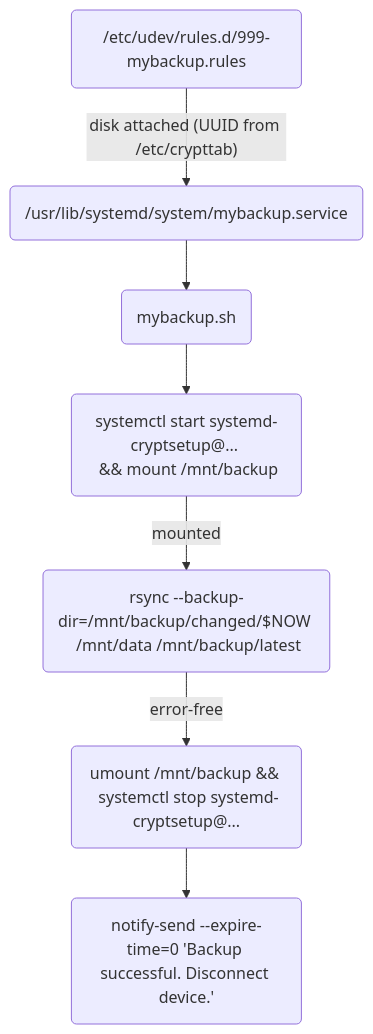
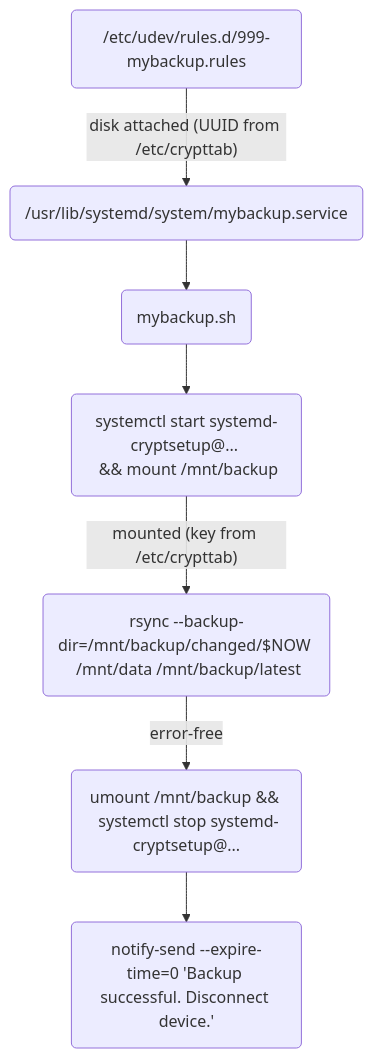
One commit to andre-st/dotfiles changed the diagram in README.md. Above: the diagram before and after it, drawn with Mermaid. The commit also changed other lines of this file, not shown here.

````diff
--- a/README.md
+++ b/README.md
@@ -265,18 +265,18 @@
 ```mermaid
 flowchart TD
 
 	udev("/etc/udev/rules.d/999-mybackup.rules")
 	service("/usr/lib/systemd/system/mybackup.service")
 	sh("mybackup.sh")
 	mount("systemctl start systemd-cryptsetup@... <br> && mount /mnt/backup")
 	umount("umount /mnt/backup && <br> systemctl stop systemd-cryptsetup@...")
 	rsync("rsync --backup-dir=/mnt/backup/changed/$NOW <br> /mnt/data /mnt/backup/latest")
 	notify("notify-send --expire-time=0 'Backup successful. Disconnect device.'")
 
 	udev-- "disk attached (UUID from /etc/crypttab)" -->service
 	service-->sh
 	sh-->mount
-	mount-- "mounted" -->rsync
+	mount-- "mounted (key from /etc/crypttab)" -->rsync
 	rsync-- "error-free" -->umount
 	umount-->notify
 ```
````
